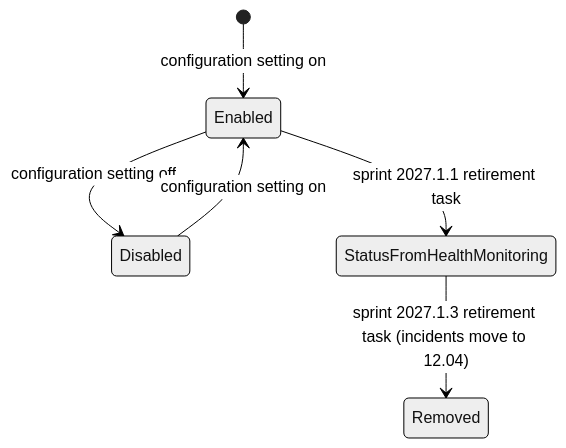
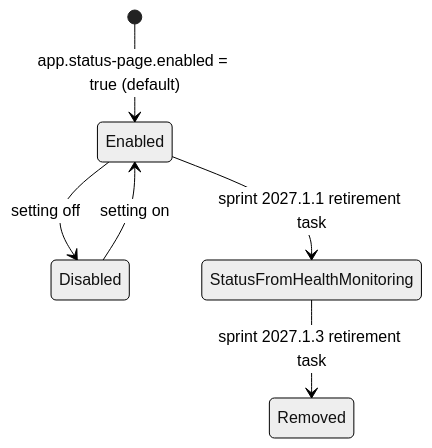
Before and after one commit to evyoog/Enterprise-Intelligence-Suite: the second of 2 diagrams in docs/02-requirements/FRD/service-status-page/workflow.md, drawn with Mermaid (neutral theme). The commit also changed other lines of this file and 44 other files, not shown here.

First line of the commit message:
2026.3.3 01.02.02 REQ-PRT-001: interim service status page

````diff
--- a/docs/02-requirements/FRD/service-status-page/workflow.md
+++ b/docs/02-requirements/FRD/service-status-page/workflow.md
@@ -4,8 +12,8 @@
 ```mermaid
 stateDiagram-v2
-    [*] --> Enabled: configuration setting on
-    Enabled --> Disabled: configuration setting off
-    Disabled --> Enabled: configuration setting on
+    [*] --> Enabled: app.status-page.enabled = true (default)
+    Enabled --> Disabled: setting off
+    Disabled --> Enabled: setting on
     Enabled --> StatusFromHealthMonitoring: sprint 2027.1.1 retirement task
-    StatusFromHealthMonitoring --> Removed: sprint 2027.1.3 retirement task (incidents move to 12.04)
+    StatusFromHealthMonitoring --> Removed: sprint 2027.1.3 retirement task
 ```
````
